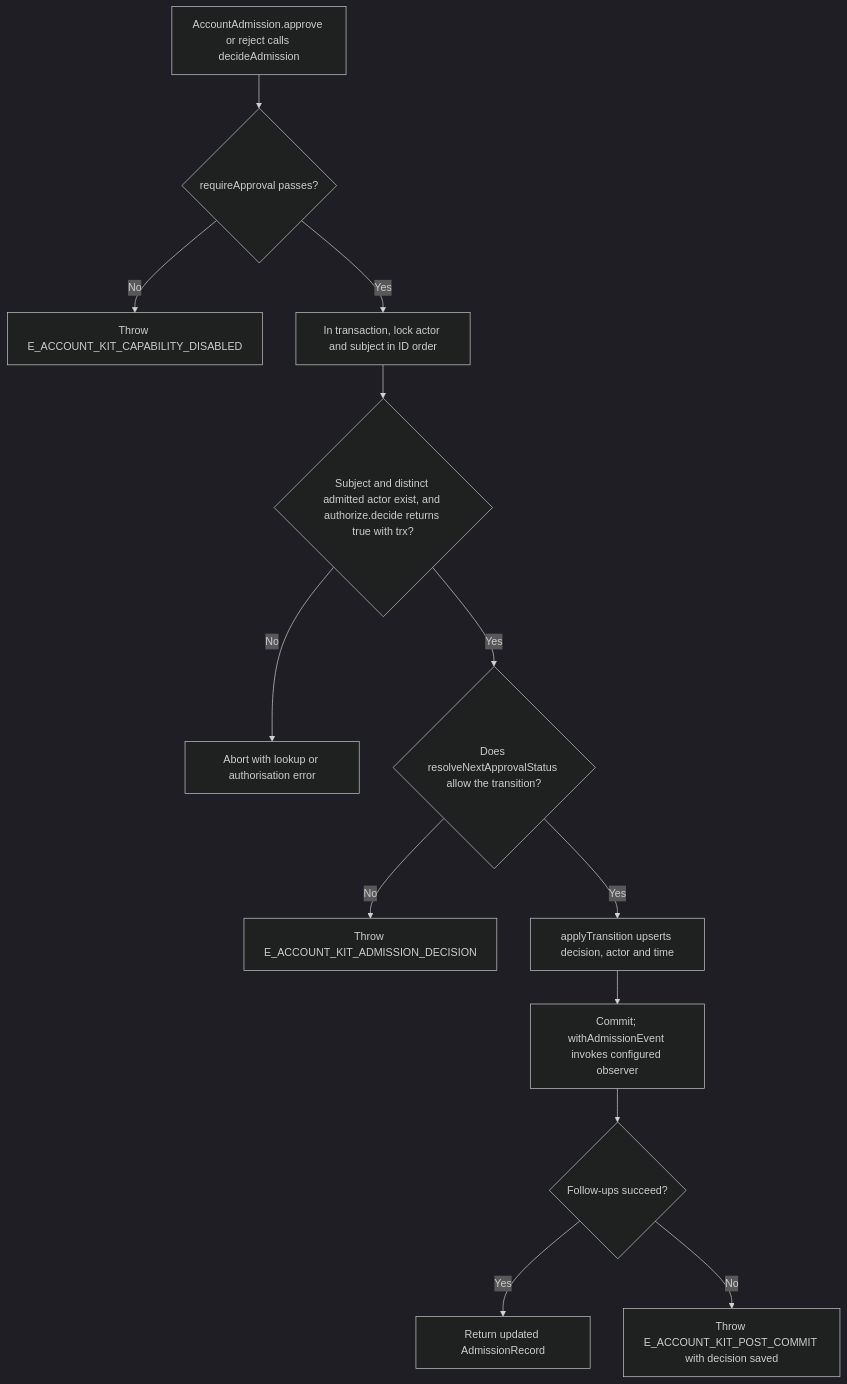
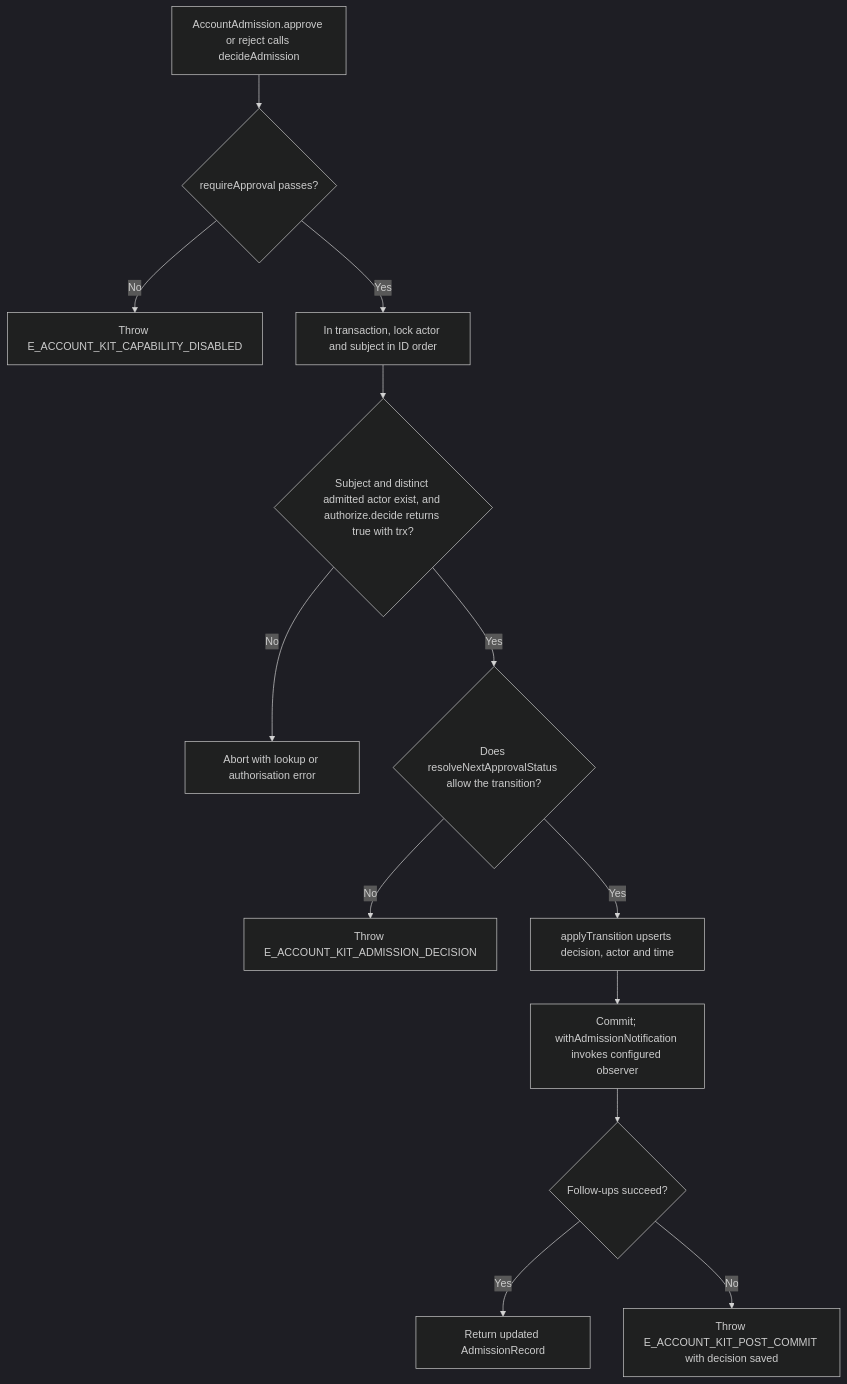
Before and after one commit to Kevinjohn/oss-adonisjs-account-kit: the second of 2 diagrams in user-stories/US-ACCOUNT-26-decide-admission.md, drawn with Mermaid (dark theme). The commit also changed 16 other files, not shown here.

````diff
--- a/user-stories/US-ACCOUNT-26-decide-admission.md
+++ b/user-stories/US-ACCOUNT-26-decide-admission.md
@@ -38,15 +38,15 @@
 ```mermaid
 flowchart TD
  A["AccountAdmission.approve or reject calls decideAdmission"] --> B{"requireApproval passes?"}
  B -->|No| X["Throw E_ACCOUNT_KIT_CAPABILITY_DISABLED"]
  B -->|Yes| C["In transaction, lock actor and subject in ID order"]
  C --> D{"Subject and distinct admitted actor exist, and authorize.decide returns true with trx?"}
  D -->|No| Y["Abort with lookup or authorisation error"]
  D -->|Yes| E{"Does resolveNextApprovalStatus allow the transition?"}
  E -->|No| Z["Throw E_ACCOUNT_KIT_ADMISSION_DECISION"]
  E -->|Yes| F["applyTransition upserts decision, actor and time"]
- F --> G["Commit; withAdmissionEvent invokes configured observer"]
+ F --> G["Commit; withAdmissionNotification invokes configured observer"]
  G --> H{"Follow-ups succeed?"}
  H -->|Yes| I["Return updated AdmissionRecord"]
  H -->|No| J["Throw E_ACCOUNT_KIT_POST_COMMIT with decision saved"]
 ```
````
